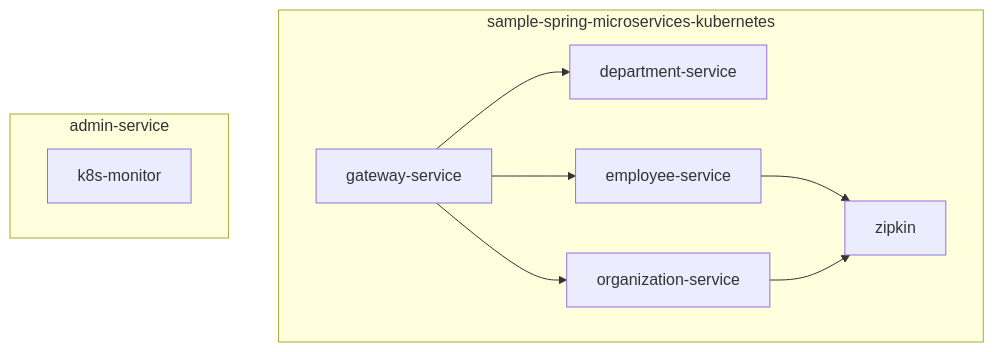
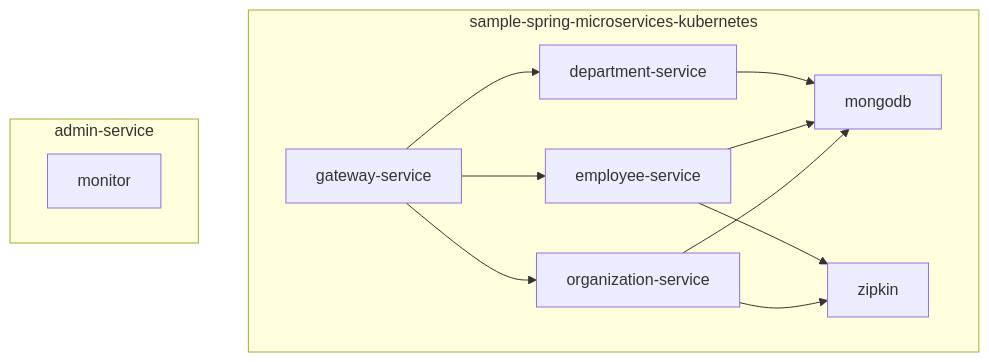
One commit to sRrAiN98/Kubernetes changed the second of 2 diagrams in test-spring/README.md. Above: the diagram before and after it, drawn with Mermaid.

````diff
--- a/test-spring/README.md
+++ b/test-spring/README.md
@@ -33,15 +33,18 @@
 ```mermaid
 graph TD
 
 subgraph "sample-spring-microservices-kubernetes"
   gateway-service --> department-service
+  department-service--> mongodb
   gateway-service --> employee-service
   employee-service--> zipkin
+  employee-service--> mongodb
   gateway-service --> organization-service
   organization-service--> zipkin
+  organization-service--> mongodb
 end
 
 subgraph "admin-service"
-  k8s-monitor
+  monitor
 end
 ```
````
